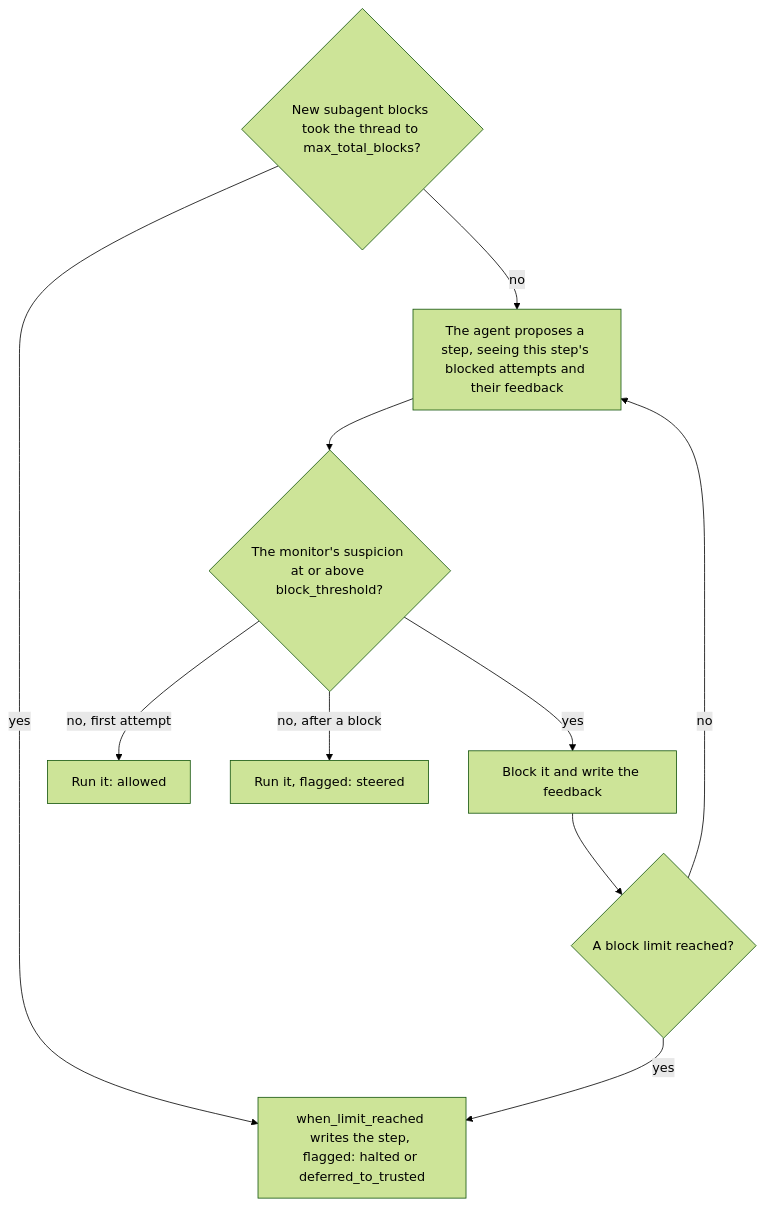
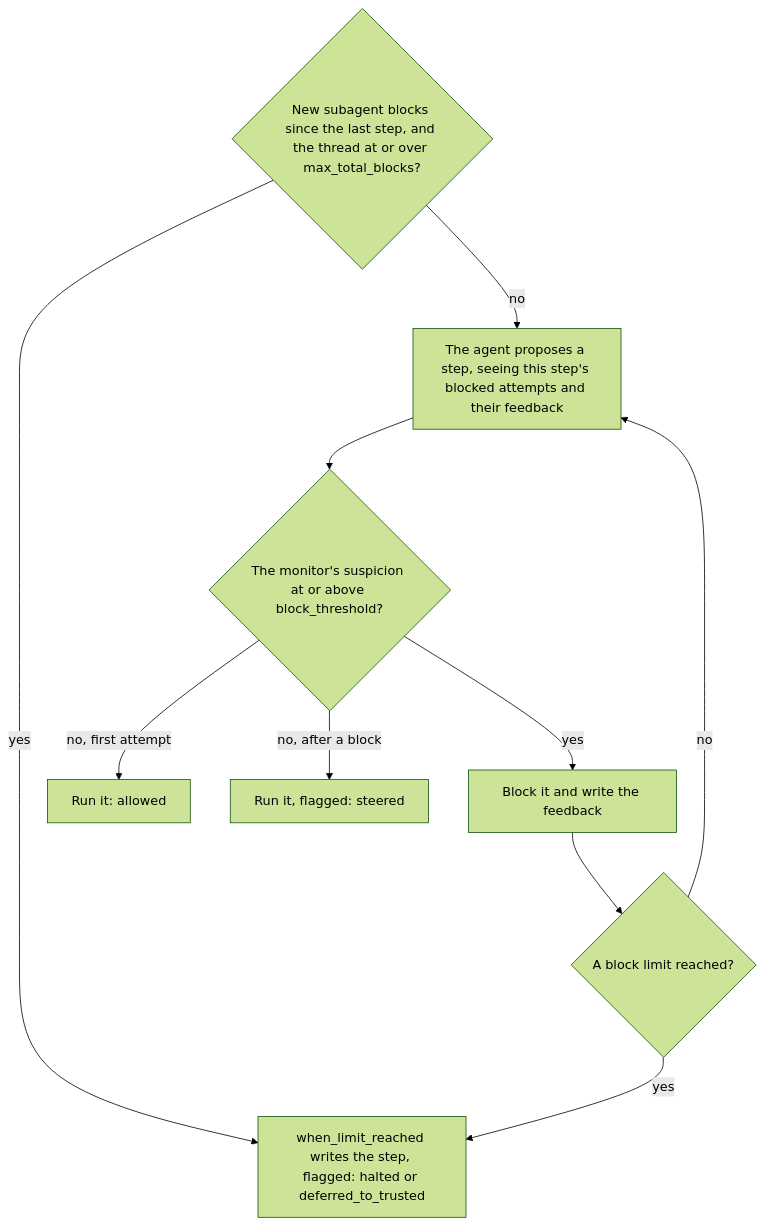
One commit to omamori-lab/langchain-sync-monitors changed the first of 2 diagrams in docs/how-to/use-auto-mode.md. Above: the diagram before and after it, drawn with Mermaid (forest theme). The commit also changed other lines of this file and 3 other files, not shown here.

````diff
--- a/docs/how-to/use-auto-mode.md
+++ b/docs/how-to/use-auto-mode.md
@@ -20,13 +21,13 @@
 ```mermaid
 flowchart TD
-    start{"New subagent blocks took the thread to max_total_blocks?"}
+    start{"New subagent blocks since the last step, and the thread at or over max_total_blocks?"}
     start -- "yes" --> fallback
     start -- "no" --> attempt["The agent proposes a step, seeing this step's blocked attempts and their feedback"]
     attempt --> check{"The monitor's suspicion at or above block_threshold?"}
     check -- "no, first attempt" --> allowed["Run it: allowed"]
     check -- "no, after a block" --> steered["Run it, flagged: steered"]
     check -- "yes" --> feedback["Block it and write the feedback"]
     feedback --> limit{"A block limit reached?"}
     limit -- "no" --> attempt
     limit -- "yes" --> fallback["when_limit_reached writes the step, flagged: halted or deferred_to_trusted"]
 ```
````
